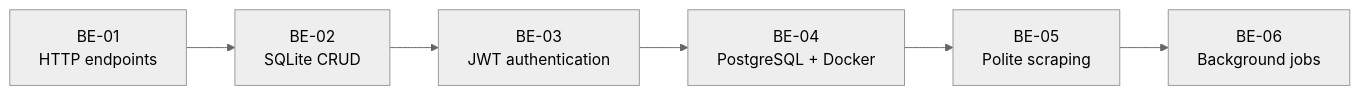
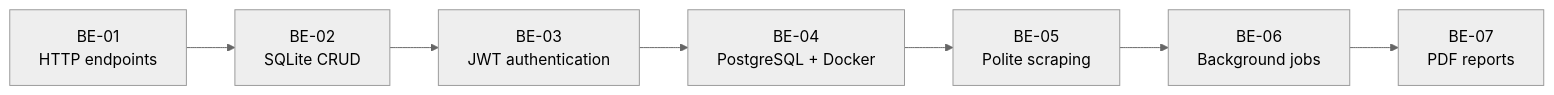
Before and after one commit to bilgenurpala/flyrank-internship: the diagram in README.md, drawn with Mermaid (neutral theme). The commit also changed other lines of this file and 21 other files, not shown here.

Commit message:
feat: add PDF reports and capstone package

````diff
--- a/README.md
+++ b/README.md
@@ -24,8 +25,9 @@
 ```mermaid
 flowchart LR
     A["BE-01<br/>HTTP endpoints"] --> B["BE-02<br/>SQLite CRUD"]
     B --> C["BE-03<br/>JWT authentication"]
     C --> D["BE-04<br/>PostgreSQL + Docker"]
     D --> E["BE-05<br/>Polite scraping"]
     E --> F["BE-06<br/>Background jobs"]
+    F --> G["BE-07<br/>PDF reports"]
 ```
````
